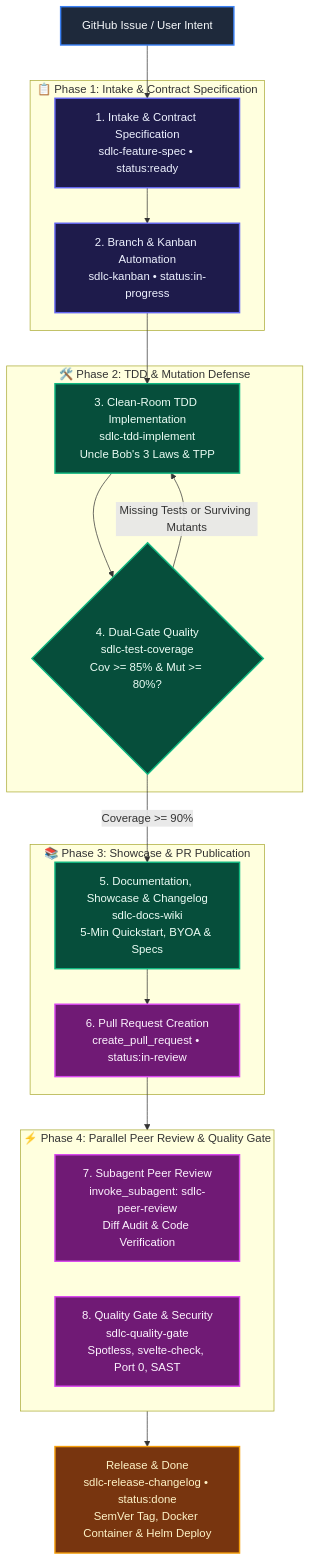
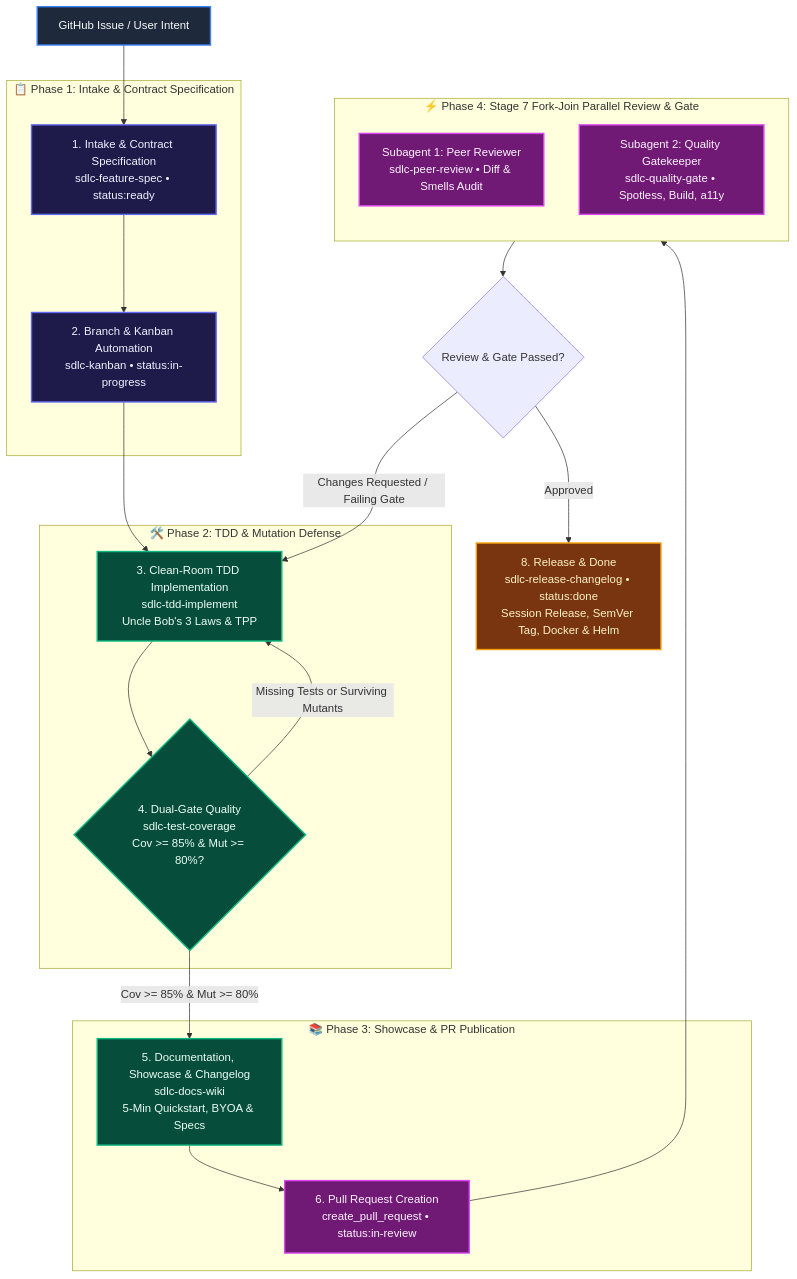
The first of 3 diagrams in wiki/Architecture.md (fmatar/sealit), drawn with Mermaid before and after one commit. The commit also changed other lines of this file and 12 other files, not shown here.

````diff
--- a/wiki/Architecture.md
+++ b/wiki/Architecture.md
@@ -9,44 +9,44 @@
 ```mermaid
 flowchart TD
     classDef startNode fill:#1E293B,stroke:#3B82F6,stroke-width:2px,color:#F8FAFC
     classDef intakeNode fill:#1E1B4B,stroke:#6366F1,stroke-width:2px,color:#EEF2FF
     classDef devNode fill:#064E3B,stroke:#10B981,stroke-width:2px,color:#ECFDF5
     classDef reviewNode fill:#701A75,stroke:#D946EF,stroke-width:2px,color:#FDF4FF
     classDef releaseNode fill:#78350F,stroke:#F59E0B,stroke-width:2px,color:#FEF3C7
 
     Issue["GitHub Issue / User Intent"]:::startNode --> S1
 
     subgraph IntakePhase ["📋 Phase 1: Intake & Contract Specification"]
         S1["1. Intake & Contract Specification<br/>sdlc-feature-spec • status:ready"]:::intakeNode
         S2["2. Branch & Kanban Automation<br/>sdlc-kanban • status:in-progress"]:::intakeNode
         S1 --> S2
     end
 
     subgraph EngineeringPhase ["🛠️ Phase 2: TDD & Mutation Defense"]
         S3["3. Clean-Room TDD Implementation<br/>sdlc-tdd-implement<br/>Uncle Bob's 3 Laws & TPP"]:::devNode
         S4{"4. Dual-Gate Quality<br/>sdlc-test-coverage<br/>Cov >= 85% & Mut >= 80%?"}:::devNode
         S3 --> S4
         S4 -- "Missing Tests or Surviving Mutants" --> S3
     end
 
     S2 --> S3
 
     subgraph ShowcasePhase ["📚 Phase 3: Showcase & PR Publication"]
         S5["5. Documentation, Showcase & Changelog<br/>sdlc-docs-wiki<br/>5-Min Quickstart, BYOA & Specs"]:::devNode
         S6["6. Pull Request Creation<br/>create_pull_request • status:in-review"]:::reviewNode
         S5 --> S6
     end
 
-    S4 -- "Coverage >= 90%" --> S5
+    S4 -- "Cov >= 85% & Mut >= 80%" --> S5
 
-    subgraph ReviewPhase ["⚡ Phase 4: Parallel Peer Review & Quality Gate"]
-        direction LR
-        S7["7. Subagent Peer Review<br/>invoke_subagent: sdlc-peer-review<br/>Diff Audit & Code Verification"]:::reviewNode
-        S8["8. Quality Gate & Security<br/>sdlc-quality-gate<br/>Spotless, svelte-check, Port 0, SAST"]:::reviewNode
+    subgraph ReviewPhase ["⚡ Phase 4: Stage 7 Fork-Join Parallel Review & Gate"]
+        direction TB
+        S7A["Subagent 1: Peer Reviewer<br/>sdlc-peer-review • Diff & Smells Audit"]:::reviewNode
+        S7B["Subagent 2: Quality Gatekeeper<br/>sdlc-quality-gate • Spotless, Build, a11y"]:::reviewNode
     end
 
     S6 --> ReviewPhase
-
-    Done["Release & Done<br/>sdlc-release-changelog • status:done<br/>SemVer Tag, Docker Container & Helm Deploy"]:::releaseNode
-    ReviewPhase --> Done
+    ReviewPhase --> GateCheck{Review & Gate Passed?}
+    GateCheck -- "Changes Requested / Failing Gate" --> S3
+    GateCheck -- "Approved" --> Done["8. Release & Done<br/>sdlc-release-changelog • status:done<br/>Session Release, SemVer Tag, Docker & Helm"]:::releaseNode
 ```
````
